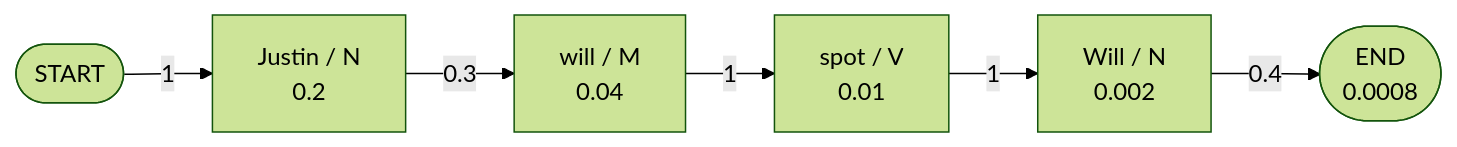
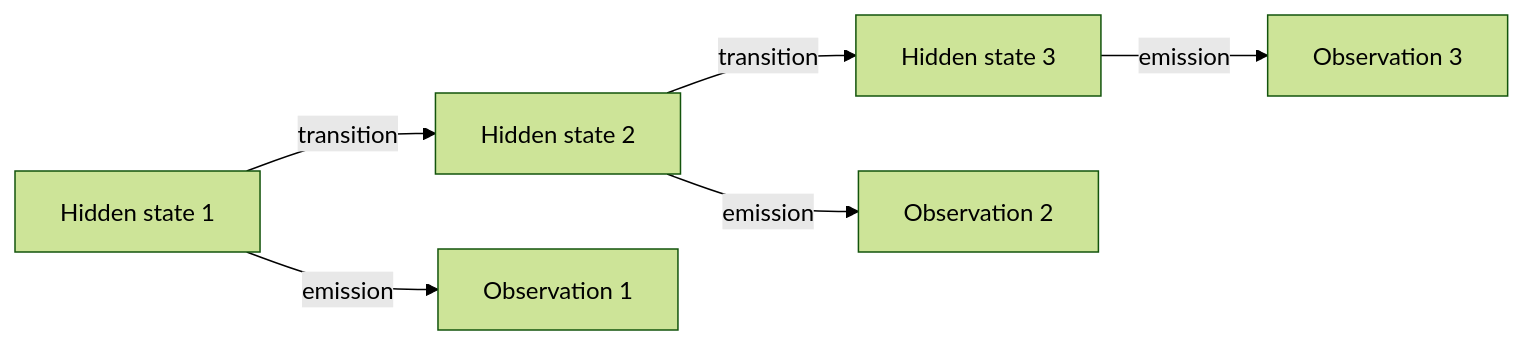
One commit to TrendySloth1001/sem-seven-notes changed the first of 4 diagrams in content/natural-language-processing/notes/hmm-maxent-crf.hi.mdx. Above: the diagram before and after it, drawn with Mermaid (forest theme). The commit also changed other lines of this file and 406 other files, not shown here.

````diff
--- a/content/natural-language-processing/notes/hmm-maxent-crf.hi.mdx
+++ b/content/natural-language-processing/notes/hmm-maxent-crf.hi.mdx
@@ -215,9 +57,8 @@
 ```mermaid
-%% caption: Worked example 1 ke trellis se jeetne wala path. Har box ab tak ka best score dikhata hai. Sirf is path ki probability non-zero hai.
+%% caption: HMM ka idea. Hidden states ek chain banati hain; har hidden state ek visible observation emit karti hai.
 flowchart LR
-  S(["START"]) -->|"1"| A["Justin / N<br/>0.2"]
-  A -->|"0.3"| B["will / M<br/>0.04"]
-  B -->|"1"| C["spot / V<br/>0.01"]
-  C -->|"1"| D["Will / N<br/>0.002"]
-  D -->|"0.4"| E(["END<br/>0.0008"])
+  H1["Hidden state 1"] -->|"transition"| H2["Hidden state 2"] -->|"transition"| H3["Hidden state 3"]
+  H1 -->|"emission"| O1["Observation 1"]
+  H2 -->|"emission"| O2["Observation 2"]
+  H3 -->|"emission"| O3["Observation 3"]
 ```
````
